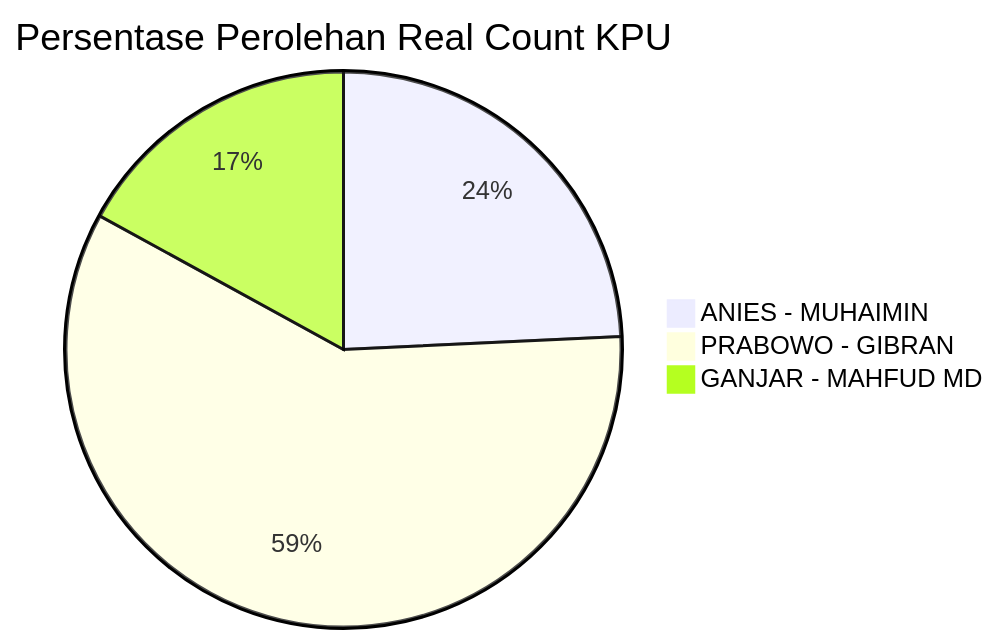
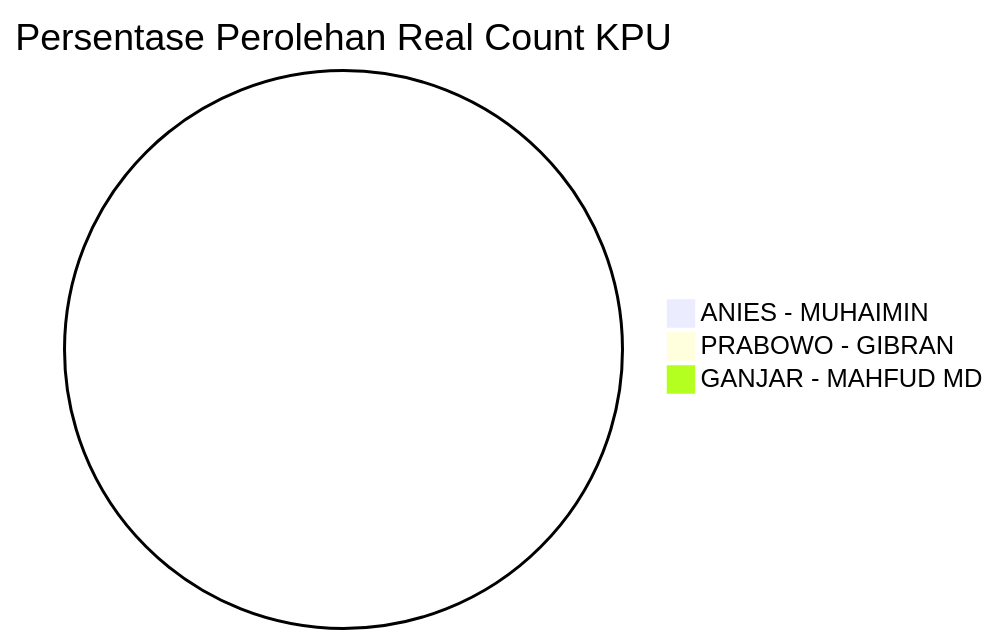
One commit to ptdede/github-workflow-playground changed the diagram in README.md. Above: the diagram before and after it, drawn with Mermaid. The commit also changed other lines of this file and 7 other files, not shown here.

````diff
--- a/README.md
+++ b/README.md
@@ -3,6 +5,6 @@
 ```mermaid
 pie title Persentase Perolehan Real Count KPU
-    "ANIES - MUHAIMIN" : 24120866
-    "PRABOWO - GIBRAN" : 58389938
-    "GANJAR - MAHFUD MD" : 16923166
+    "ANIES - MUHAIMIN" : 0
+    "PRABOWO - GIBRAN" : 0
+    "GANJAR - MAHFUD MD" : 0
 ```
````
